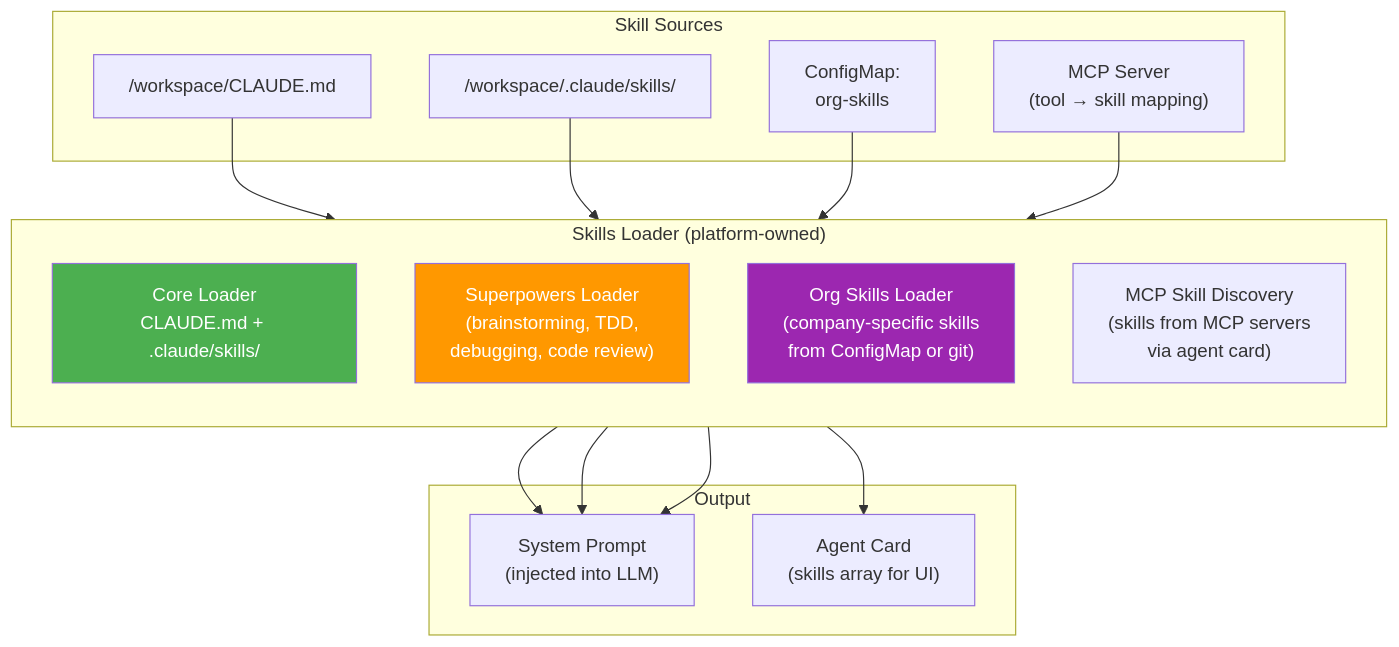
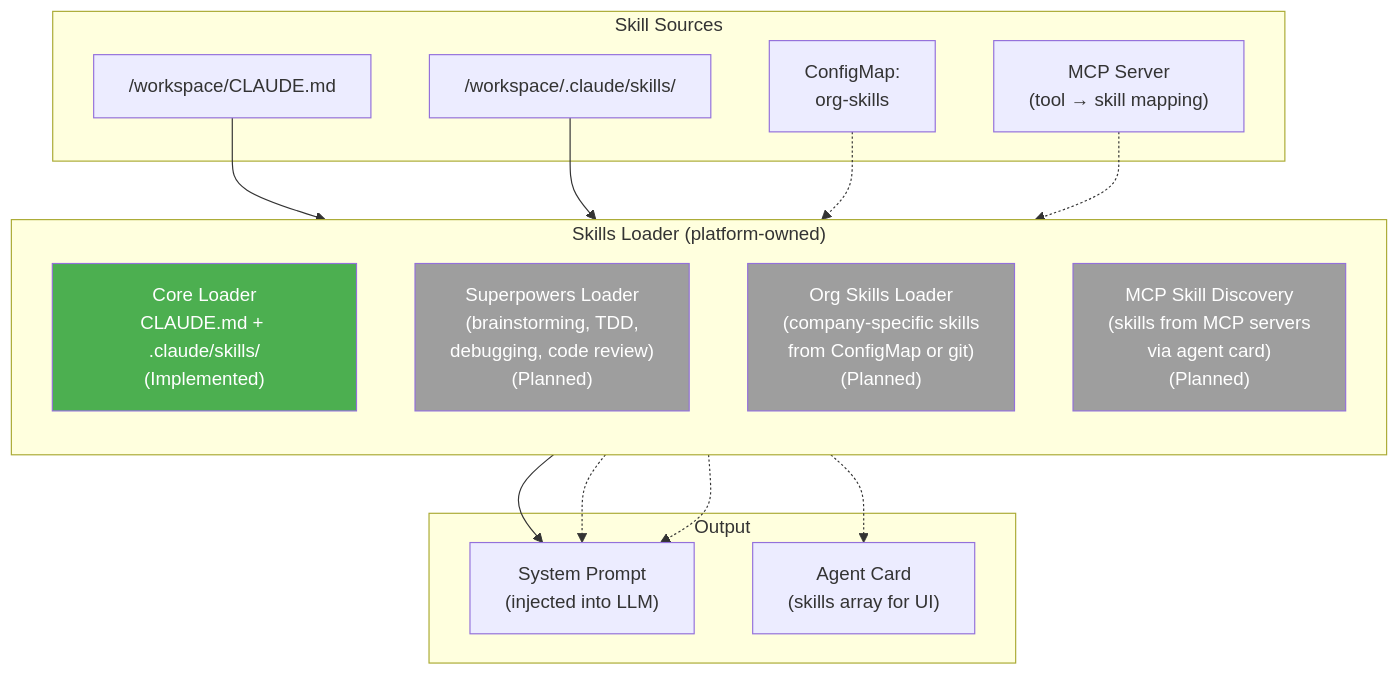
The fifth of 10 diagrams in docs/plans/2026-03-04-platform-agent-runtime-design.md (kagenti/kagenti), drawn with Mermaid before and after one commit. The commit also changed other lines of this file, not shown here.

First line of the commit message:
docs: rewrite platform agent runtime design to match codebase

````diff
--- a/docs/plans/2026-03-04-platform-agent-runtime-design.md
+++ b/docs/plans/2026-03-04-platform-agent-runtime-design.md
@@ -251,36 +250,37 @@
 ```mermaid
 graph TB
     subgraph "Skills Loader (platform-owned)"
         direction TB
-        CL["Core Loader<br/>CLAUDE.md + .claude/skills/"]
-        SP["Superpowers Loader<br/>(brainstorming, TDD,<br/>debugging, code review)"]
-        ORG["Org Skills Loader<br/>(company-specific skills<br/>from ConfigMap or git)"]
-        MCP2["MCP Skill Discovery<br/>(skills from MCP servers<br/>via agent card)"]
+        CL["Core Loader<br/>CLAUDE.md + .claude/skills/<br/>(Implemented)"]
+        SP["Superpowers Loader<br/>(brainstorming, TDD,<br/>debugging, code review)<br/>(Planned)"]
+        ORG["Org Skills Loader<br/>(company-specific skills<br/>from ConfigMap or git)<br/>(Planned)"]
+        MCP2["MCP Skill Discovery<br/>(skills from MCP servers<br/>via agent card)<br/>(Planned)"]
     end
 
     subgraph "Skill Sources"
         WS2["/workspace/CLAUDE.md"]
         SK2["/workspace/.claude/skills/"]
         CM["ConfigMap:<br/>org-skills"]
         MCPS["MCP Server<br/>(tool → skill mapping)"]
     end
 
     subgraph "Output"
         SYS["System Prompt<br/>(injected into LLM)"]
         CARD["Agent Card<br/>(skills array for UI)"]
     end
 
     WS2 --> CL
     SK2 --> CL
-    CM --> ORG
-    MCPS --> MCP2
+    CM -.-> ORG
+    MCPS -.-> MCP2
 
     CL --> SYS
-    SP --> SYS
-    ORG --> SYS
-    MCP2 --> CARD
+    SP -.-> SYS
+    ORG -.-> SYS
+    MCP2 -.-> CARD
 
     style CL fill:#4CAF50,color:white
-    style SP fill:#FF9800,color:white
-    style ORG fill:#9C27B0,color:white
+    style SP fill:#9E9E9E,color:white
+    style ORG fill:#9E9E9E,color:white
+    style MCP2 fill:#9E9E9E,color:white
 ```
````
